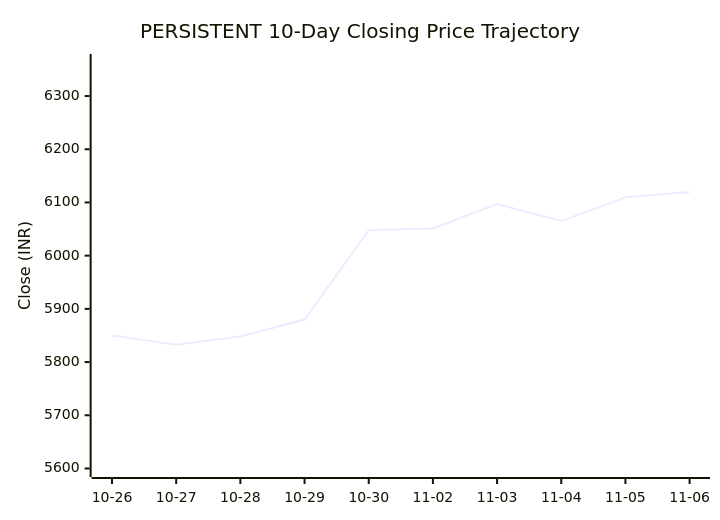
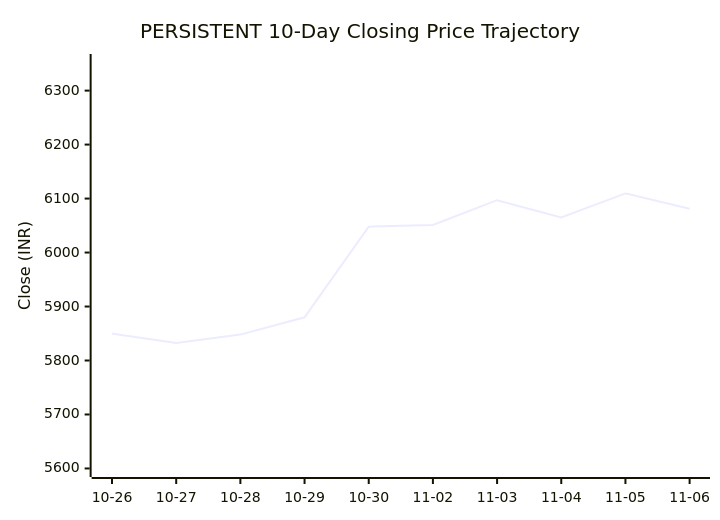
One commit to purnareddy9/dev changed the second of 3 diagrams in market-intelligence/stocks/PERSISTENT/history/2026-11-06.md. Above: the diagram before and after it, drawn with Mermaid. The commit also changed other lines of this file and 4 other files, not shown here.

````diff
--- a/market-intelligence/stocks/PERSISTENT/history/2026-11-06.md
+++ b/market-intelligence/stocks/PERSISTENT/history/2026-11-06.md
@@ -95,7 +95,7 @@
 ```mermaid
 xychart-beta
     title "PERSISTENT 10-Day Closing Price Trajectory"
     x-axis ["10-26", "10-27", "10-28", "10-29", "10-30", "11-02", "11-03", "11-04", "11-05", "11-06"]
-    y-axis "Close (INR)" 5599 --> 6364
-    line [5850.0, 5832.5, 5848.0, 5880.0, 6048.0, 6051.0, 6097.0, 6065.0, 6109.5, 6119.5]
+    y-axis "Close (INR)" 5599 --> 6353
+    line [5850.0, 5832.5, 5848.0, 5880.0, 6048.0, 6051.0, 6097.0, 6065.0, 6109.5, 6081.0]
 ```
````
